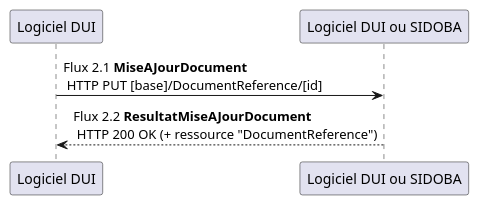
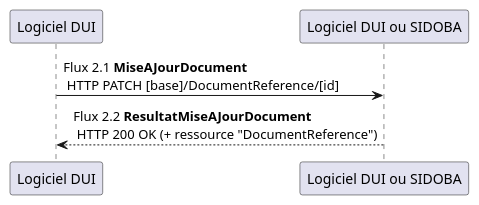
The diagram in input/images-source/flux3.plantuml (ansforge/IG-fhir-transfert-donnees-dui-esms), drawn with PlantUML before and after one commit. The commit also changed 5 other files, not shown here.

```diff
--- a/input/images-source/flux3.plantuml
+++ b/input/images-source/flux3.plantuml
@@ -1,6 +1,6 @@
 @startuml
 
-"Logiciel DUI" -> "Logiciel DUI ou SIDOBA" : Flux 2.1 **MiseAJourDocument** \n HTTP PUT [base]/DocumentReference/[id]
+"Logiciel DUI" -> "Logiciel DUI ou SIDOBA" : Flux 2.1 **MiseAJourDocument** \n HTTP PATCH [base]/DocumentReference/[id]
 "Logiciel DUI" <-- "Logiciel DUI ou SIDOBA" : Flux 2.2 **ResultatMiseAJourDocument** \n HTTP 200 OK (+ ressource "DocumentReference")
 
 @enduml
```
